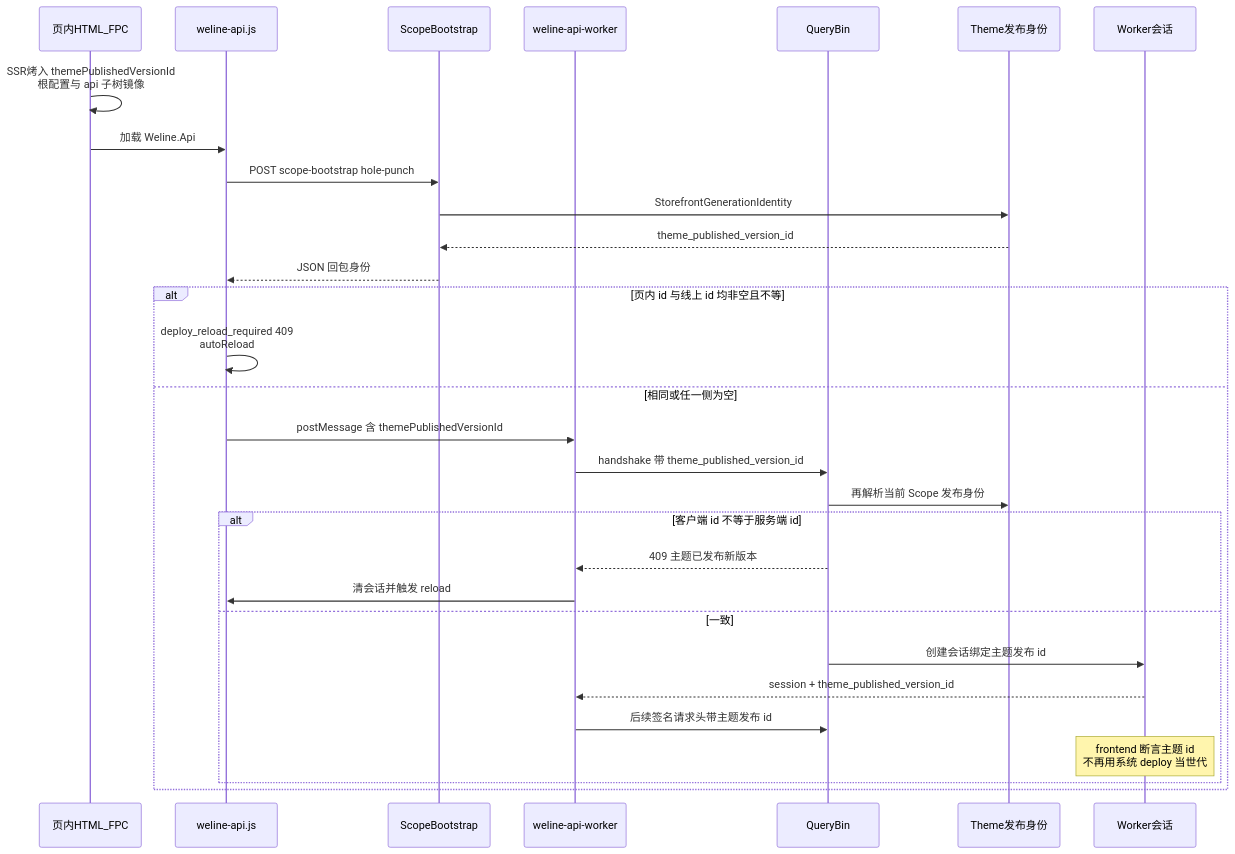
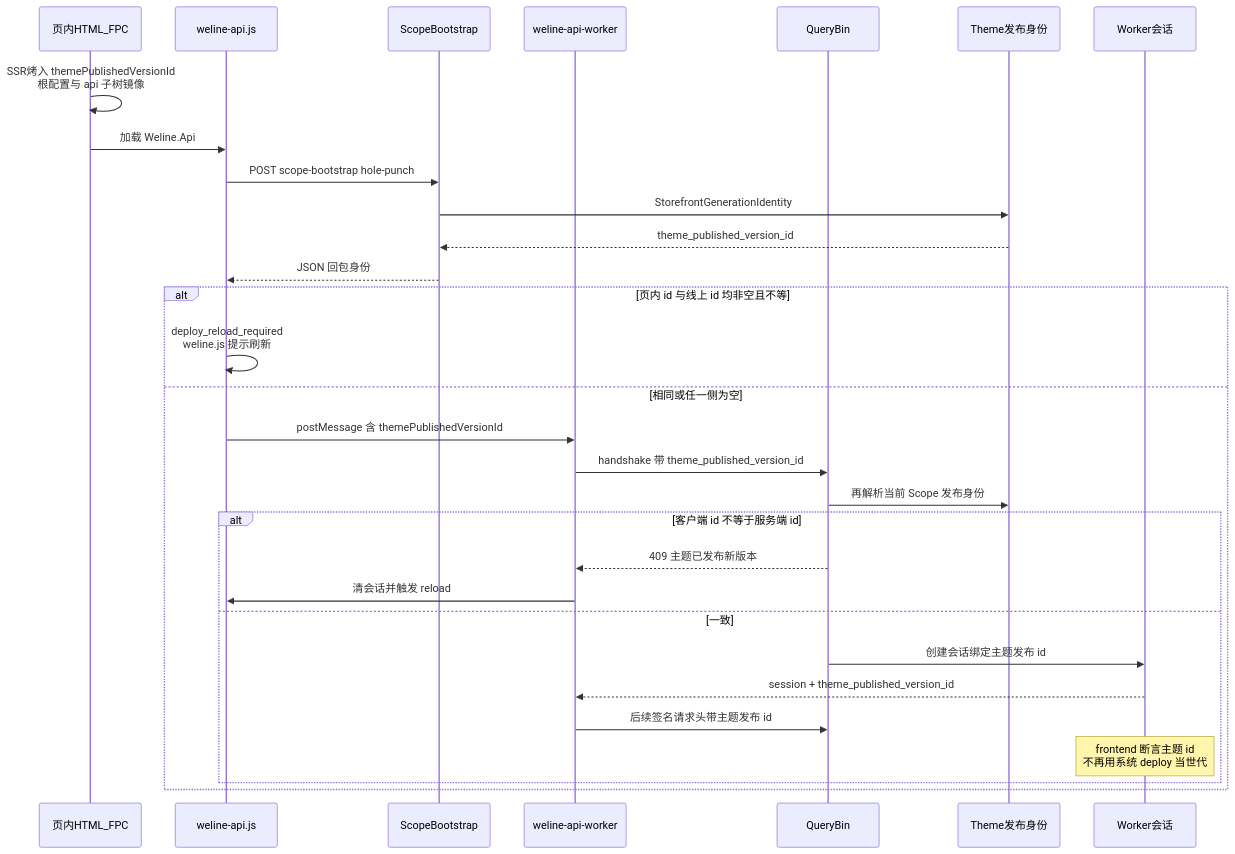
Before and after one commit to Aiweline/WelineFramework: the first of 2 diagrams in app/code/Weline/Frontend/doc/架构/店面世代与前端工作流.md, drawn with Mermaid. The commit also changed other lines of this file and 7 other files, not shown here.

````diff
--- a/app/code/Weline/Frontend/doc/架构/店面世代与前端工作流.md
+++ b/app/code/Weline/Frontend/doc/架构/店面世代与前端工作流.md
@@ -23,33 +23,33 @@
 ```mermaid
 sequenceDiagram
   participant HTML as 页内HTML_FPC
   participant Api as weline-api.js
   participant SB as ScopeBootstrap
   participant W as weline-api-worker
   participant QB as QueryBin
   participant Theme as Theme发布身份
   participant Sess as Worker会话
 
   HTML->>HTML: SSR烤入 themePublishedVersionId<br/>根配置与 api 子树镜像
   HTML->>Api: 加载 Weline.Api
   Api->>SB: POST scope-bootstrap hole-punch
   SB->>Theme: StorefrontGenerationIdentity
   Theme-->>SB: theme_published_version_id
   SB-->>Api: JSON 回包身份
   alt 页内 id 与线上 id 均非空且不等
-    Api->>Api: deploy_reload_required 409<br/>autoReload
+    Api->>Api: deploy_reload_required<br/>weline.js 提示刷新
   else 相同或任一侧为空
     Api->>W: postMessage 含 themePublishedVersionId
     W->>QB: handshake 带 theme_published_version_id
     QB->>Theme: 再解析当前 Scope 发布身份
     alt 客户端 id 不等于服务端 id
       QB-->>W: 409 主题已发布新版本
       W->>Api: 清会话并触发 reload
     else 一致
       QB->>Sess: 创建会话绑定主题发布 id
       Sess-->>W: session + theme_published_version_id
       W->>QB: 后续签名请求头带主题发布 id
       Note over Sess: frontend 断言主题 id<br/>不再用系统 deploy 当世代
     end
   end
 ```
````
